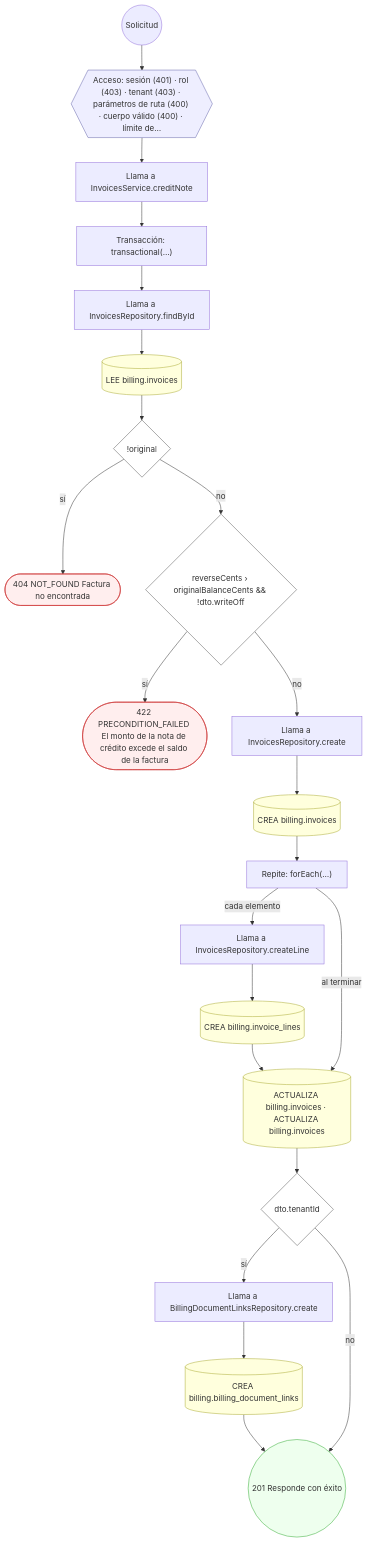
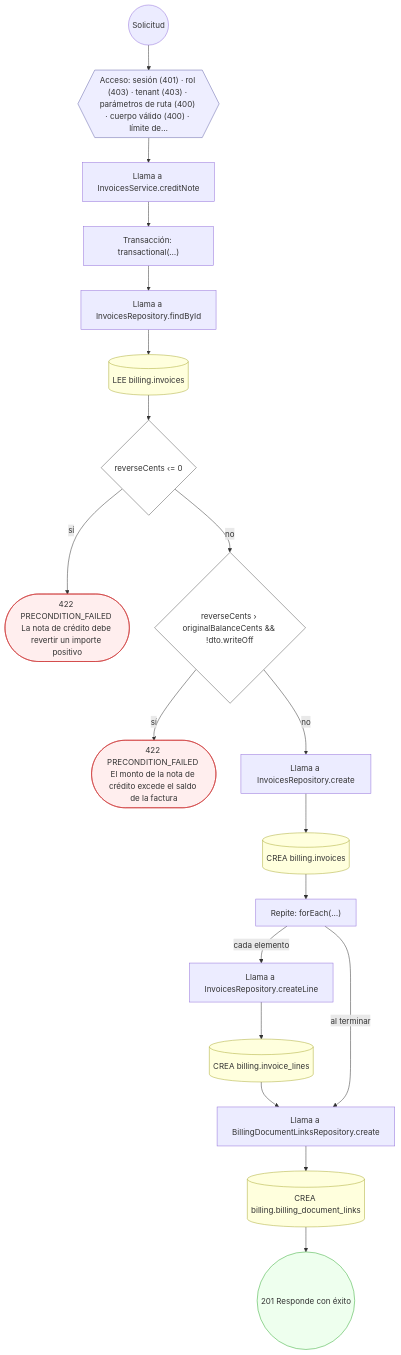
Before and after one commit to mdavila-2001/mantra-core-health-api: the tenth of 34 diagrams in docs/inventario/flujos/billing.md, drawn with Mermaid. The commit also changed other lines of this file and 438 other files, not shown here.

````diff
--- a/docs/inventario/flujos/billing.md
+++ b/docs/inventario/flujos/billing.md
@@ -826,50 +848,45 @@
 ```mermaid
 flowchart TD
   n1(("Solicitud")):::inicio
   n2{{"Acceso: sesión (401) · rol (403) · tenant (403) · parámetros de ruta (400) · cuerpo válido (400) · límite de…"}}:::acceso
   n1 --> n2
   n3["Llama a InvoicesService.creditNote"]:::llamada
   n2 --> n3
   n4["Transacción: transactional(…)"]:::transaccion
   n3 --> n4
   n5["Llama a InvoicesRepository.findById"]:::llamada
   n4 --> n5
   n6[("LEE billing.invoices")]:::efecto
   n5 --> n6
-  n7{"!original"}:::decision
+  n7{"reverseCents ‹= 0"}:::decision
   n6 --> n7
-  n8(["404 NOT_FOUND Factura no encontrada"]):::error
+  n8(["422 PRECONDITION_FAILED La nota de crédito debe revertir un importe positivo"]):::error
   n7 -->|"sí"| n8
   n9{"reverseCents › originalBalanceCents && !dto.writeOff"}:::decision
   n7 -->|"no"| n9
   n10(["422 PRECONDITION_FAILED El monto de la nota de crédito excede el saldo de la factura"]):::error
   n9 -->|"sí"| n10
   n11["Llama a InvoicesRepository.create"]:::llamada
   n9 -->|"no"| n11
   n12[("CREA billing.invoices")]:::efecto
   n11 --> n12
   n13["Repite: forEach(…)"]:::bucle
   n12 --> n13
   n14["Llama a InvoicesRepository.createLine"]:::llamada
   n13 -->|"cada elemento"| n14
   n15[("CREA billing.invoice_lines")]:::efecto
   n14 --> n15
-  n16[("ACTUALIZA billing.invoices · ACTUALIZA billing.invoices")]:::efecto
+  n16["Llama a BillingDocumentLinksRepository.create"]:::llamada
   n15 --> n16
   n13 -->|"al terminar"| n16
-  n17{"dto.tenantId"}:::decision
+  n17[("CREA billing.billing_document_links")]:::efecto
   n16 --> n17
-  n18["Llama a BillingDocumentLinksRepository.create"]:::llamada
-  n17 -->|"sí"| n18
-  n19[("CREA billing.billing_document_links")]:::efecto
-  n18 --> n19
-  n20(("201 Responde con éxito")):::ok
-  n19 --> n20
-  n17 -->|"no"| n20
+  n18(("201 Responde con éxito")):::ok
+  n17 --> n18
   classDef acceso fill:#eef,stroke:#66a
   classDef error fill:#fee,stroke:#c33
   classDef ok fill:#efe,stroke:#3a3
   classDef efecto fill:#ffd,stroke:#aa3
   classDef decision fill:#fff,stroke:#555
   classDef corte fill:#eee,stroke:#999,stroke-dasharray: 4
 ```
````
